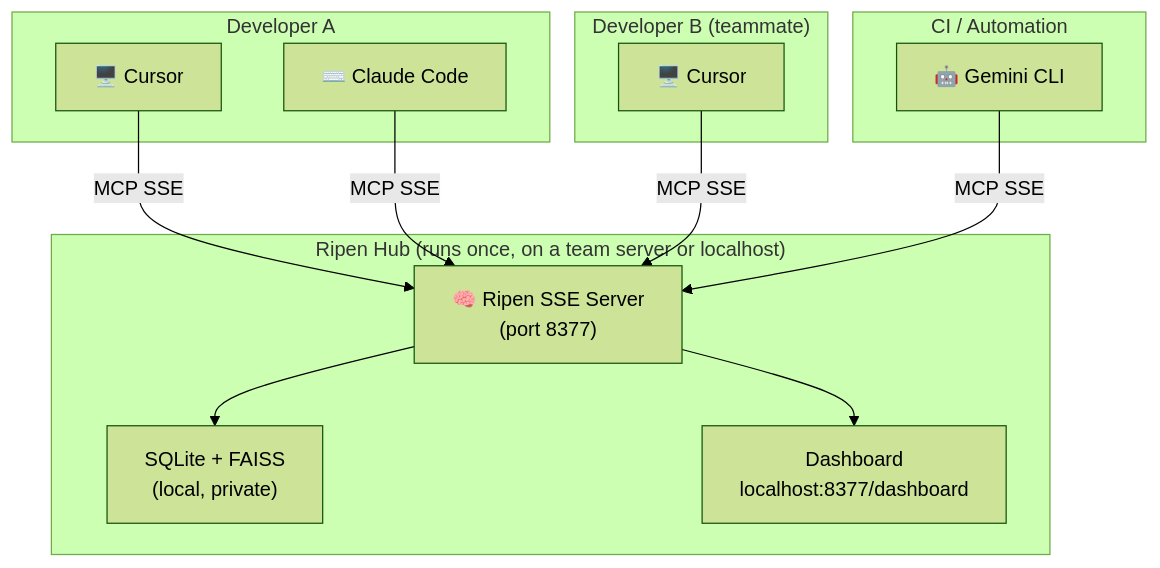
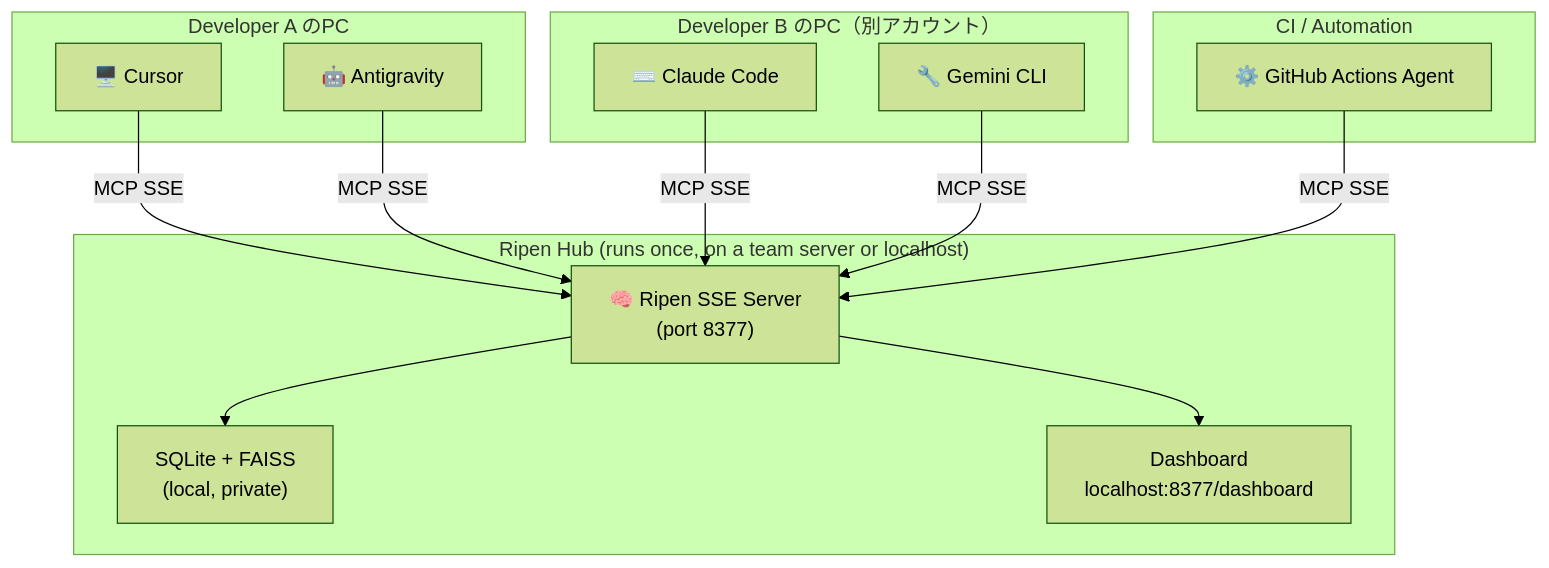
The diagram in README.md (ayato-labs/SharedMemoryServer), drawn with Mermaid (forest theme) before and after one commit. The commit also changed other lines of this file and 2 other files, not shown here.

````diff
--- a/README.md
+++ b/README.md
@@ -79,21 +85,22 @@
 ```mermaid
 graph TD
     subgraph "Ripen Hub (runs once, on a team server or localhost)"
         H["🧠 Ripen SSE Server\n(port 8377)"]
         H --> DB["SQLite + FAISS\n(local, private)"]
         H --> DASH["Dashboard\nlocalhost:8377/dashboard"]
     end
 
-    subgraph "Developer A"
+    subgraph "Developer A のPC"
         A1["🖥️ Cursor"] -->|MCP SSE| H
-        A2["⌨️ Claude Code"] -->|MCP SSE| H
+        A2["🤖 Antigravity"] -->|MCP SSE| H
     end
 
-    subgraph "Developer B (teammate)"
-        B1["🖥️ Cursor"] -->|MCP SSE| H
+    subgraph "Developer B のPC（別アカウント）"
+        B1["⌨️ Claude Code"] -->|MCP SSE| H
+        B2["🔧 Gemini CLI"] -->|MCP SSE| H
     end
 
     subgraph "CI / Automation"
-        C1["🤖 Gemini CLI"] -->|MCP SSE| H
+        C1["⚙️ GitHub Actions Agent"] -->|MCP SSE| H
     end
 ```
````
